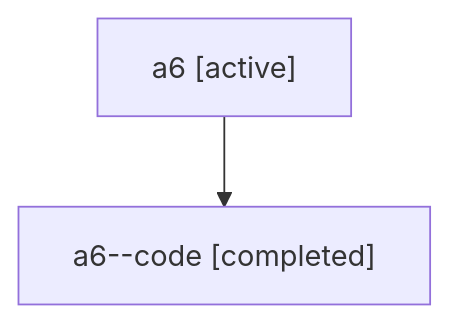
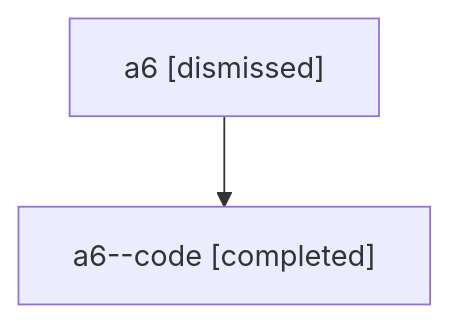
One commit to sase-org/sase--agents changed the diagram in sessions/bbugyi200.athena.a6.md. Above: the diagram before and after it, drawn with Mermaid. The commit also changed other lines of this file and 13 other files, not shown here.

````diff
--- a/sessions/bbugyi200.athena.a6.md
+++ b/sessions/bbugyi200.athena.a6.md
@@ -9,6 +9,6 @@
 ```mermaid
 flowchart TD
-  n0["a6 [active]"]
+  n0["a6 [dismissed]"]
   n1["a6--code [completed]"]
   n0 --> n1
 ```
````
